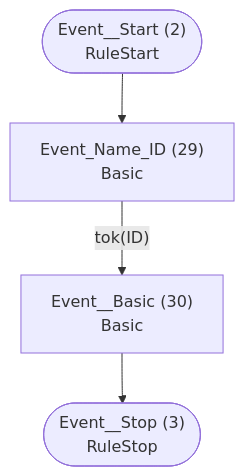
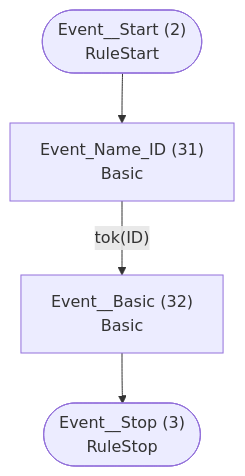
Before and after one commit to TypeFox/fastbelt: the second of 5 diagrams in examples/statemachine/atn.md, drawn with Mermaid. The commit also changed other lines of this file and 53 other files, not shown here.

````diff
--- a/examples/statemachine/atn.md
+++ b/examples/statemachine/atn.md
@@ -58,11 +62,11 @@
 ```mermaid
 flowchart TD
     q2(["Event__Start (2)<br/>RuleStart"])
     q3(["Event__Stop (3)<br/>RuleStop"])
-    q29["Event_Name_ID (29)<br/>Basic<br/>"]
-    q30["Event__Basic (30)<br/>Basic<br/>"]
+    q31["Event_Name_ID (31)<br/>Basic<br/>"]
+    q32["Event__Basic (32)<br/>Basic<br/>"]
 
-    q2 --> q29
-    q29 -->|"tok(ID)"| q30
-    q30 --> q3
+    q2 --> q31
+    q31 -->|"tok(ID)"| q32
+    q32 --> q3
 ```
````
